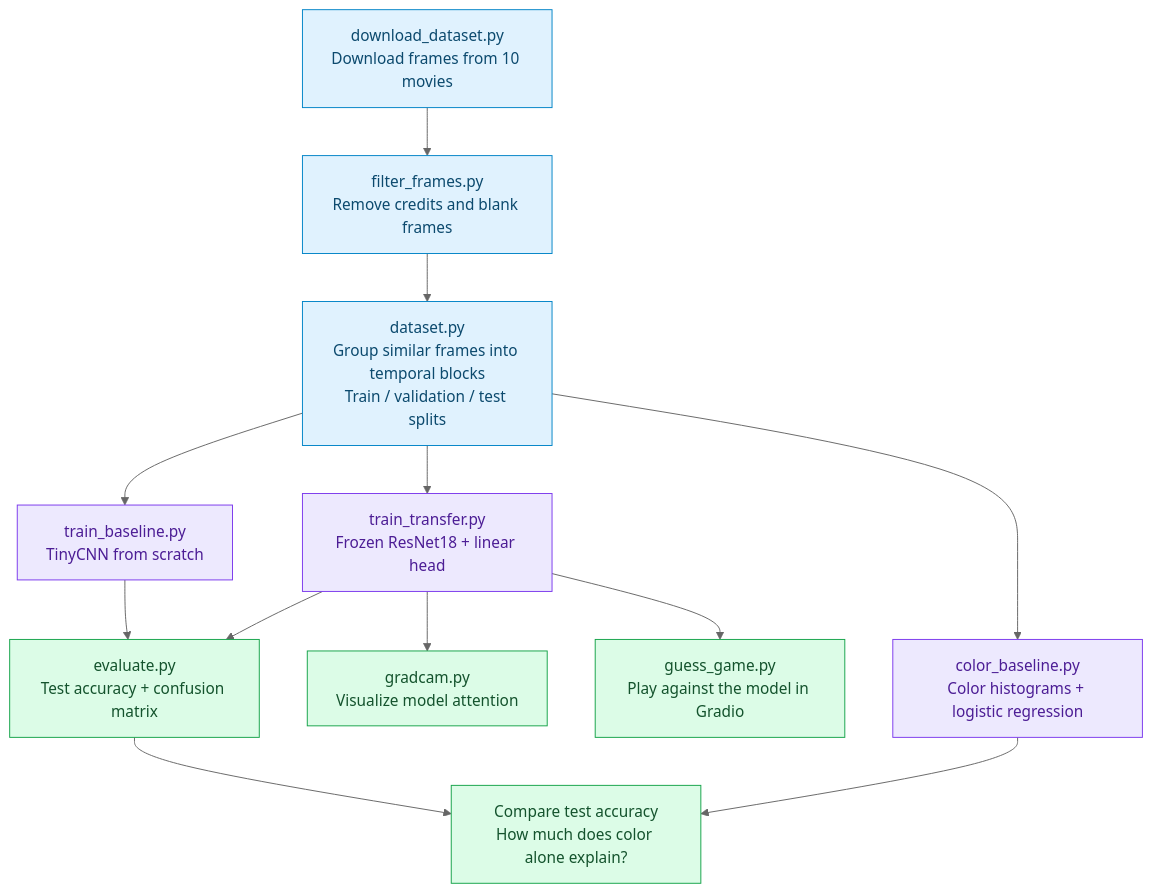
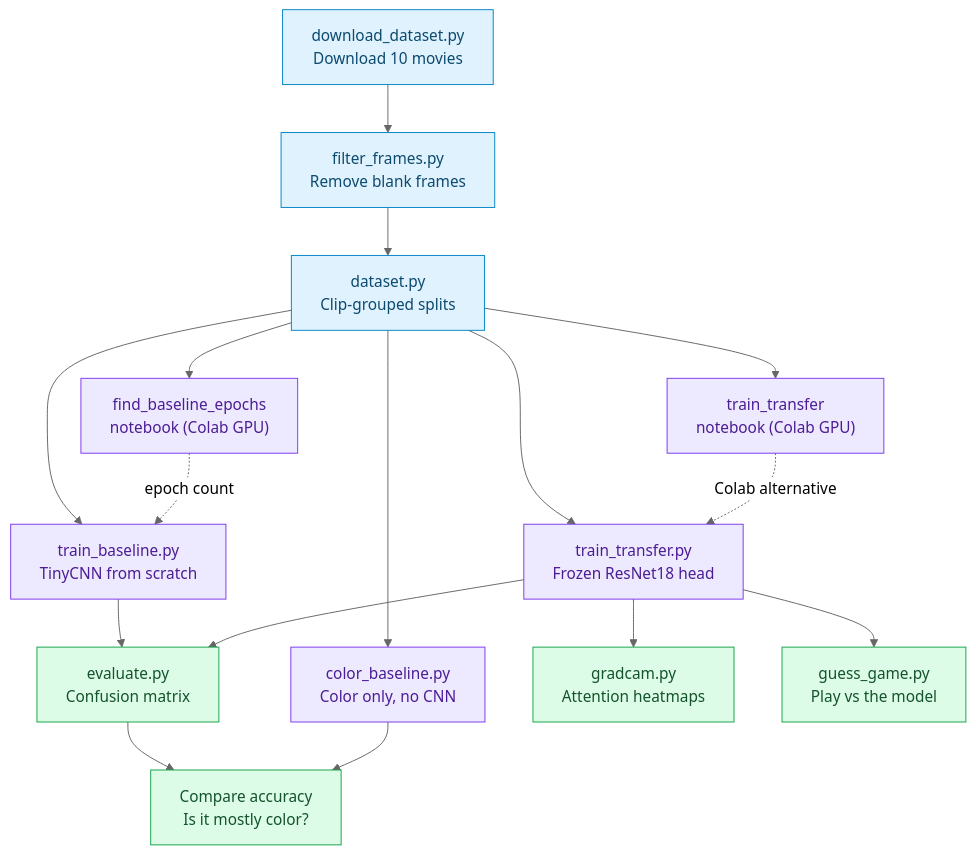
Before and after one commit to ItayMendelson/movie-screenshot-classifier: the diagram in README.md, drawn with Mermaid (neutral theme). The commit also changed other lines of this file, not shown here.

Commit message:
fixed a mermaid chart bug

````diff
--- a/README.md
+++ b/README.md
@@ -37,26 +37,31 @@
 ```mermaid
 flowchart TD
-    download["download_dataset.py<br/>Download frames from 10 movies"]
-    filter["filter_frames.py<br/>Remove credits and blank frames"]
-    splits["dataset.py<br/>Group similar frames into temporal blocks<br/>Train / validation / test splits"]
+    download["download_dataset.py<br/>Download 10 movies"]
+    filter["filter_frames.py<br/>Remove blank frames"]
+    splits["dataset.py<br/>Clip-grouped splits"]
     baseline["train_baseline.py<br/>TinyCNN from scratch"]
-    transfer["train_transfer.py<br/>Frozen ResNet18 + linear head"]
-    color["color_baseline.py<br/>Color histograms + logistic regression"]
-    evaluate["evaluate.py<br/>Test accuracy + confusion matrix"]
-    sanity["Compare test accuracy<br/>How much does color alone explain?"]
-    cam["gradcam.py<br/>Visualize model attention"]
-    game["guess_game.py<br/>Play against the model in Gradio"]
+    transfer["train_transfer.py<br/>Frozen ResNet18 head"]
+    color["color_baseline.py<br/>Color only, no CNN"]
+    evaluate["evaluate.py<br/>Confusion matrix"]
+    sanity["Compare accuracy<br/>Is it mostly color?"]
+    cam["gradcam.py<br/>Attention heatmaps"]
+    game["guess_game.py<br/>Play vs the model"]
+    tunenb["find_baseline_epochs<br/>notebook (Colab GPU)"]
+    transfernb["train_transfer<br/>notebook (Colab GPU)"]
 
     download --> filter --> splits
     splits --> baseline & transfer & color
+    splits --> tunenb & transfernb
+    tunenb -.->|epoch count| baseline
+    transfernb -.->|Colab alternative| transfer
     baseline & transfer --> evaluate
     evaluate & color --> sanity
     transfer --> cam & game
 
     classDef data fill:#e0f2fe,stroke:#0284c7,color:#0c4a6e
     classDef model fill:#ede9fe,stroke:#7c3aed,color:#4c1d95
     classDef output fill:#dcfce7,stroke:#16a34a,color:#14532d
     class download,filter,splits data
-    class baseline,transfer,color model
+    class baseline,transfer,color,tunenb,transfernb model
     class evaluate,sanity,cam,game output
 ```
````
